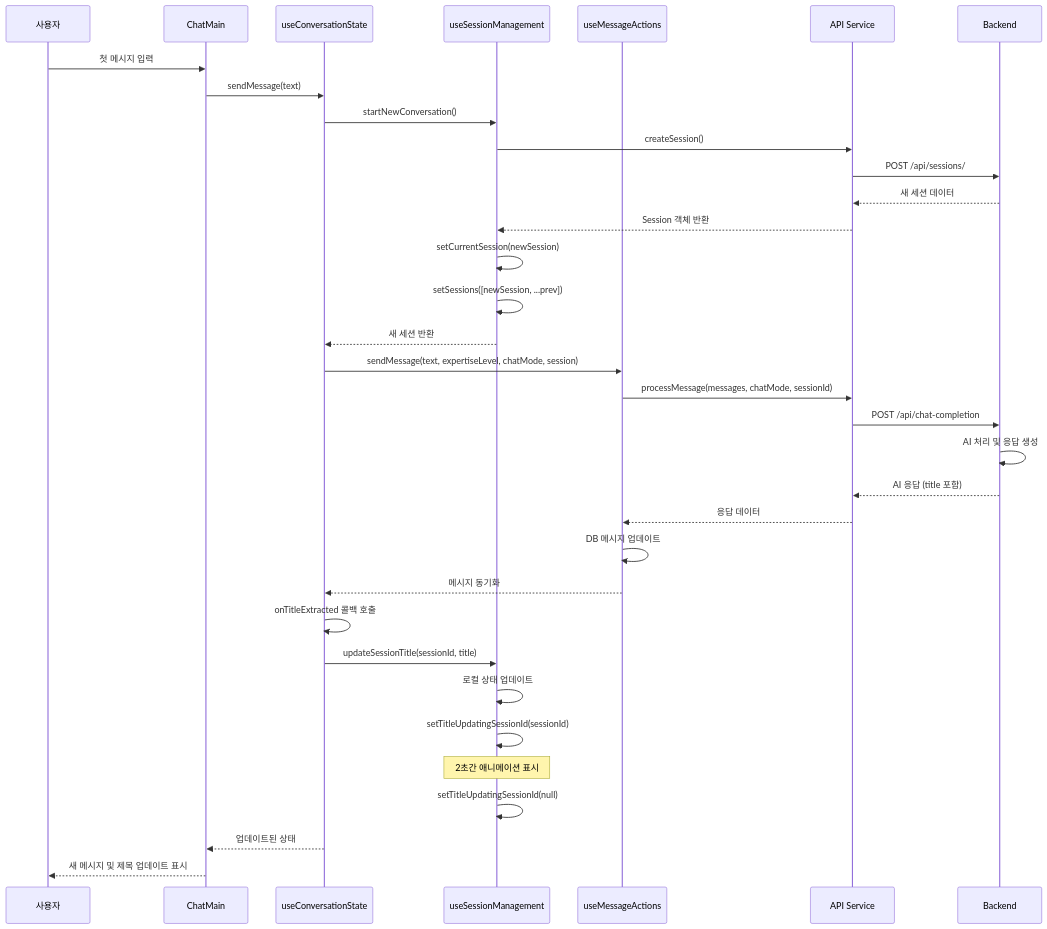
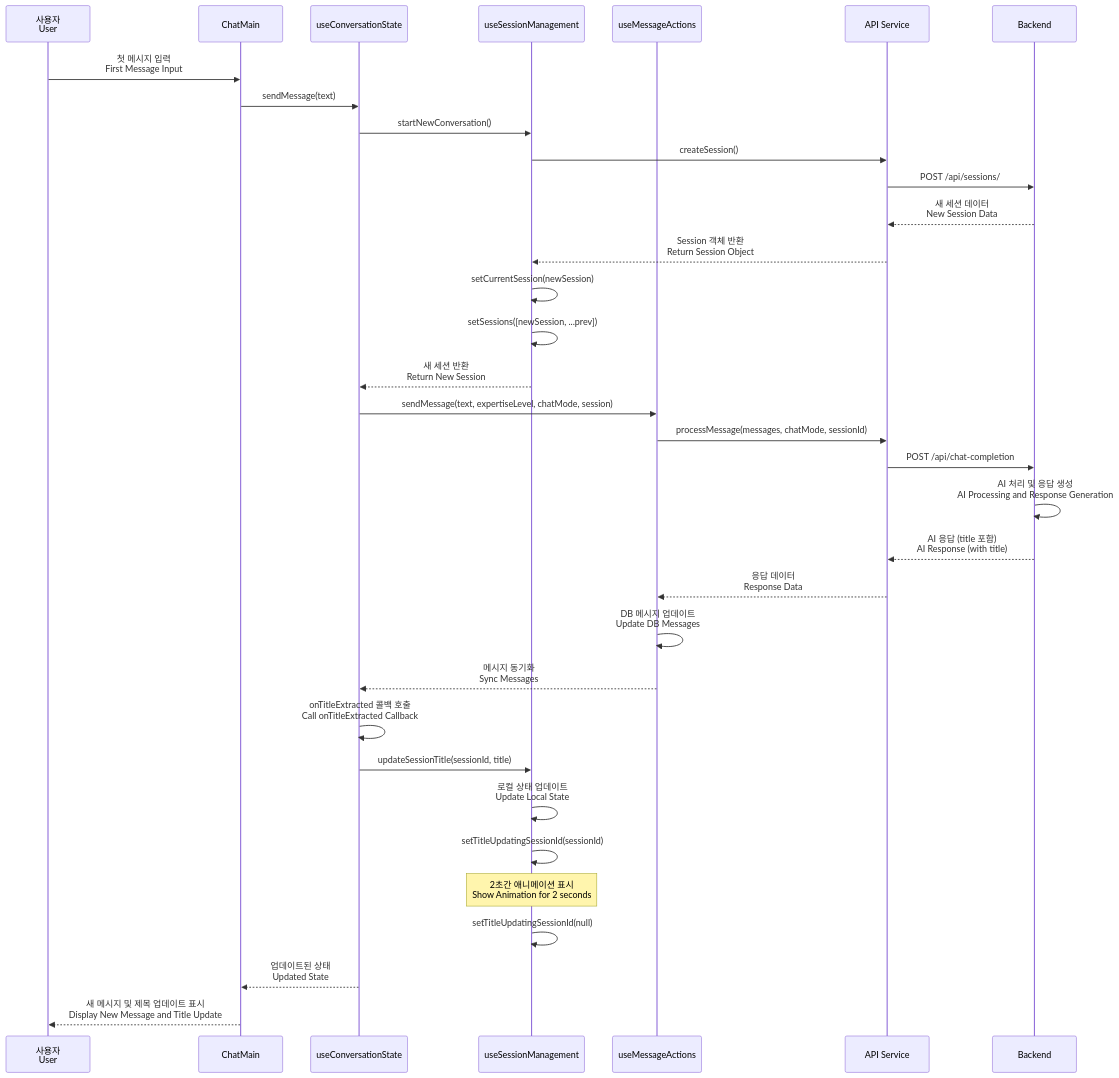
Before and after one commit to p0pular131/askspec-chat-assistant: the ninth of 19 diagrams in docs/design-specification.md, drawn with Mermaid. The commit also changed other lines of this file and 1 other file, not shown here.

First line of the commit message:
Refactor: Adjust diagram layout for readability

````diff
--- a/docs/design-specification.md
+++ b/docs/design-specification.md
@@ -503,41 +533,41 @@
 ```mermaid
 sequenceDiagram
-    participant User as 사용자
+    participant User as 사용자<br/>User
     participant UI as ChatMain
     participant State as useConversationState
     participant Session as useSessionManagement
     participant Message as useMessageActions
     participant API as API Service
     participant Backend as Backend
 
-    User->>UI: 첫 메시지 입력
+    User->>UI: 첫 메시지 입력<br/>First Message Input
     UI->>State: sendMessage(text)
     State->>Session: startNewConversation()
     Session->>API: createSession()
     API->>Backend: POST /api/sessions/
-    Backend-->>API: 새 세션 데이터
-    API-->>Session: Session 객체 반환
+    Backend-->>API: 새 세션 데이터<br/>New Session Data
+    API-->>Session: Session 객체 반환<br/>Return Session Object
     Session->>Session: setCurrentSession(newSession)
     Session->>Session: setSessions([newSession, ...prev])
-    Session-->>State: 새 세션 반환
+    Session-->>State: 새 세션 반환<br/>Return New Session
     
     State->>Message: sendMessage(text, expertiseLevel, chatMode, session)
     Message->>API: processMessage(messages, chatMode, sessionId)
     API->>Backend: POST /api/chat-completion
-    Backend->>Backend: AI 처리 및 응답 생성
-    Backend-->>API: AI 응답 (title 포함)
-    API-->>Message: 응답 데이터
-    Message->>Message: DB 메시지 업데이트
-    Message-->>State: 메시지 동기화
+    Backend->>Backend: AI 처리 및 응답 생성<br/>AI Processing and Response Generation
+    Backend-->>API: AI 응답 (title 포함)<br/>AI Response (with title)
+    API-->>Message: 응답 데이터<br/>Response Data
+    Message->>Message: DB 메시지 업데이트<br/>Update DB Messages
+    Message-->>State: 메시지 동기화<br/>Sync Messages
     
-    State->>State: onTitleExtracted 콜백 호출
+    State->>State: onTitleExtracted 콜백 호출<br/>Call onTitleExtracted Callback
     State->>Session: updateSessionTitle(sessionId, title)
-    Session->>Session: 로컬 상태 업데이트
+    Session->>Session: 로컬 상태 업데이트<br/>Update Local State
     Session->>Session: setTitleUpdatingSessionId(sessionId)
     
-    Note over Session: 2초간 애니메이션 표시
+    Note over Session: 2초간 애니메이션 표시<br/>Show Animation for 2 seconds
     Session->>Session: setTitleUpdatingSessionId(null)
     
-    State-->>UI: 업데이트된 상태
-    UI-->>User: 새 메시지 및 제목 업데이트 표시
+    State-->>UI: 업데이트된 상태<br/>Updated State
+    UI-->>User: 새 메시지 및 제목 업데이트 표시<br/>Display New Message and Title Update
 ```
````
